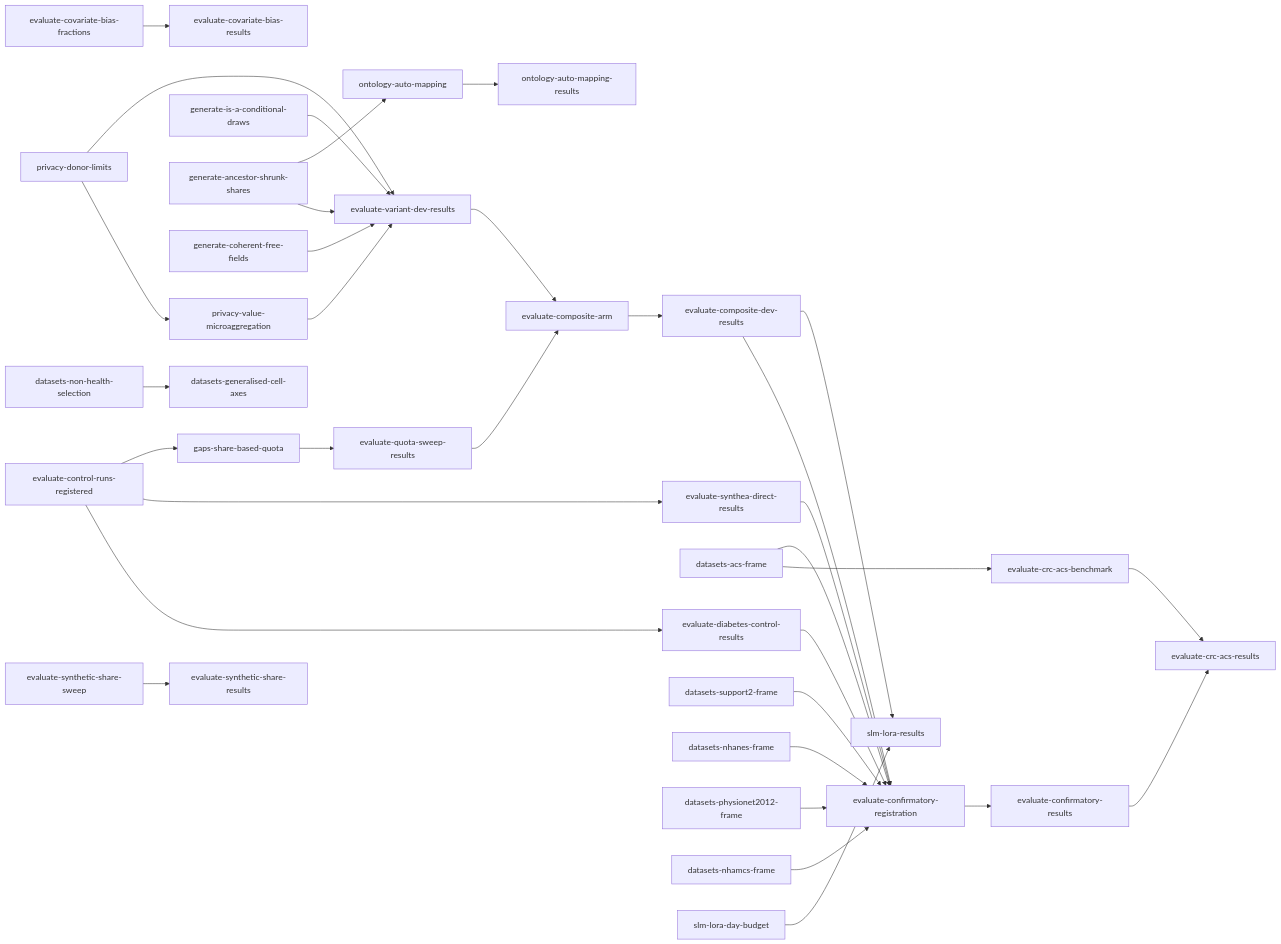
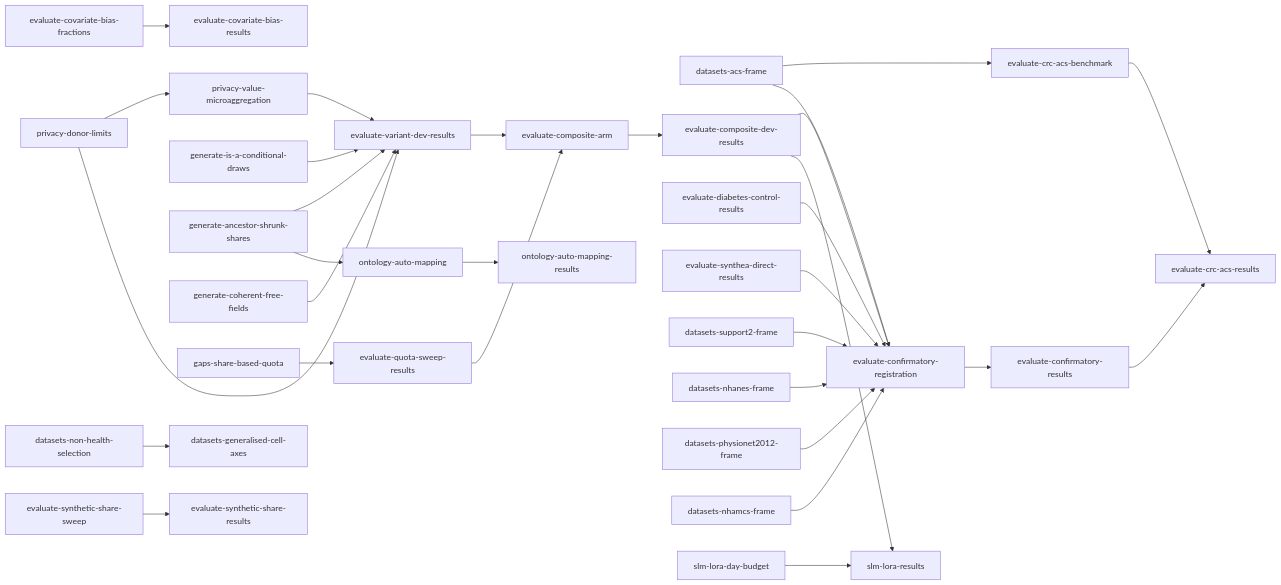
One commit to joe-dartmouth/synthetic changed the diagram in tasks/direct-index.md. Above: the diagram before and after it, drawn with Mermaid. The commit also changed other lines of this file and 19 other files, not shown here.

First line of the commit message:
Register the control runs on E6's and E3's frames (#128)

````diff
--- a/tasks/direct-index.md
+++ b/tasks/direct-index.md
@@ -75,35 +74,32 @@
 ```mermaid
 flowchart LR
     u37[evaluate-covariate-bias-fractions] --> u38[evaluate-covariate-bias-results]
-    u6[evaluate-control-runs-registered] --> u7[evaluate-diabetes-control-results]
-    u6 --> u8[evaluate-synthea-direct-results]
     u15[privacy-donor-limits] --> u16[privacy-value-microaggregation]
     u11[generate-is-a-conditional-draws] --> u19[evaluate-variant-dev-results]
     u13[generate-ancestor-shrunk-shares] --> u19
     u15 --> u19
     u16 --> u19
     u17[generate-coherent-free-fields] --> u19
-    u6 --> u20[gaps-share-based-quota]
-    u20 --> u21[evaluate-quota-sweep-results]
+    u20[gaps-share-based-quota] --> u21[evaluate-quota-sweep-results]
     u27[datasets-acs-frame] --> u41[evaluate-crc-acs-benchmark]
     u49[datasets-non-health-selection] --> u50[datasets-generalised-cell-axes]
     u19 --> u28[evaluate-composite-arm]
     u21 --> u28
     u28 --> u29[evaluate-composite-dev-results]
-    u7 --> u30[evaluate-confirmatory-registration]
-    u8 --> u30
+    u7[evaluate-diabetes-control-results] --> u30[evaluate-confirmatory-registration]
+    u8[evaluate-synthea-direct-results] --> u30
     u45[evaluate-synthetic-share-sweep] --> u46[evaluate-synthetic-share-results]
     u25[datasets-support2-frame] --> u30
     u26[datasets-nhanes-frame] --> u30
     u27 --> u30
     u47[datasets-physionet2012-frame] --> u30
     u48[datasets-nhamcs-frame] --> u30
     u29 --> u30
     u30 --> u31[evaluate-confirmatory-results]
     u41 --> u42[evaluate-crc-acs-results]
     u31 --> u42
     u13 --> u32[ontology-auto-mapping]
     u32 --> u33[ontology-auto-mapping-results]
     u29 --> u36[slm-lora-results]
     u51[slm-lora-day-budget] --> u36
 ```
````
